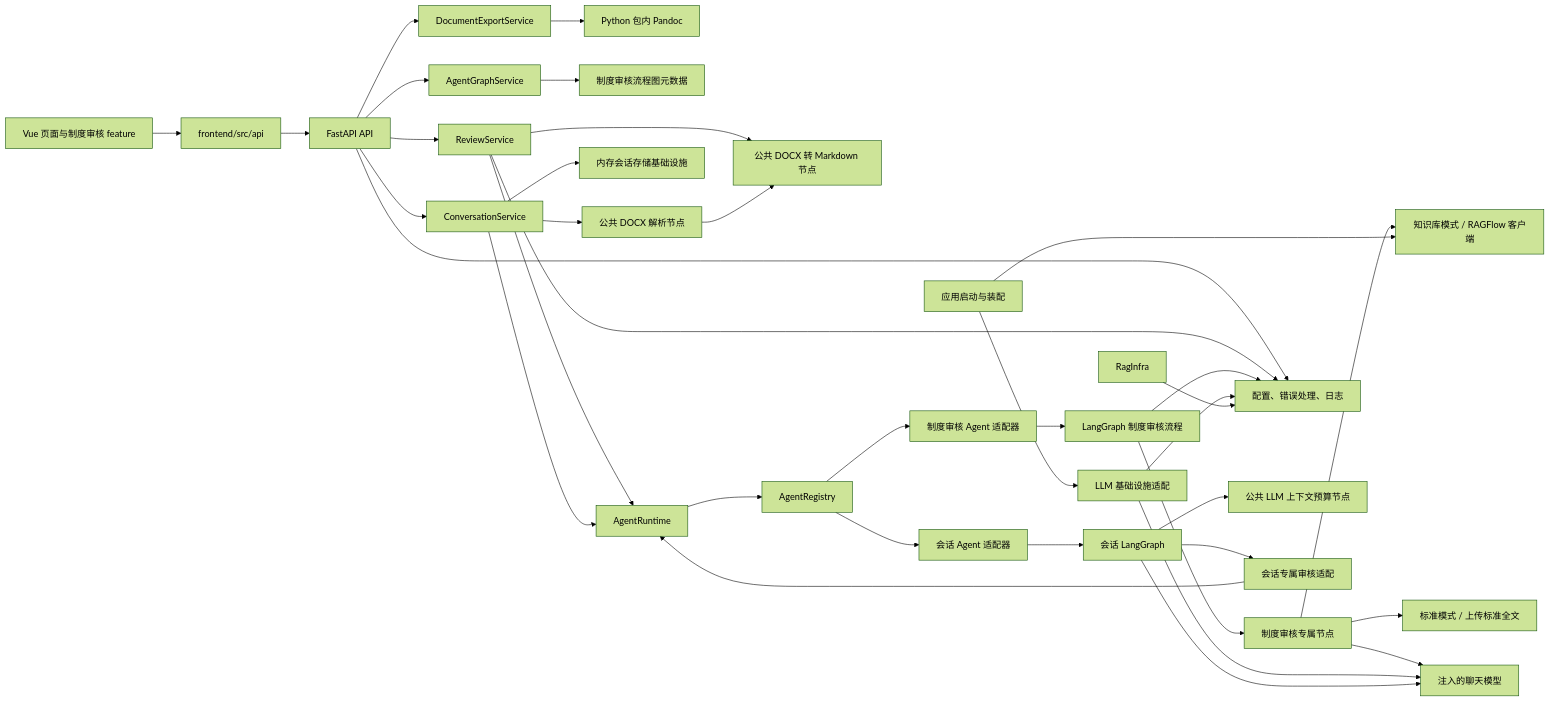
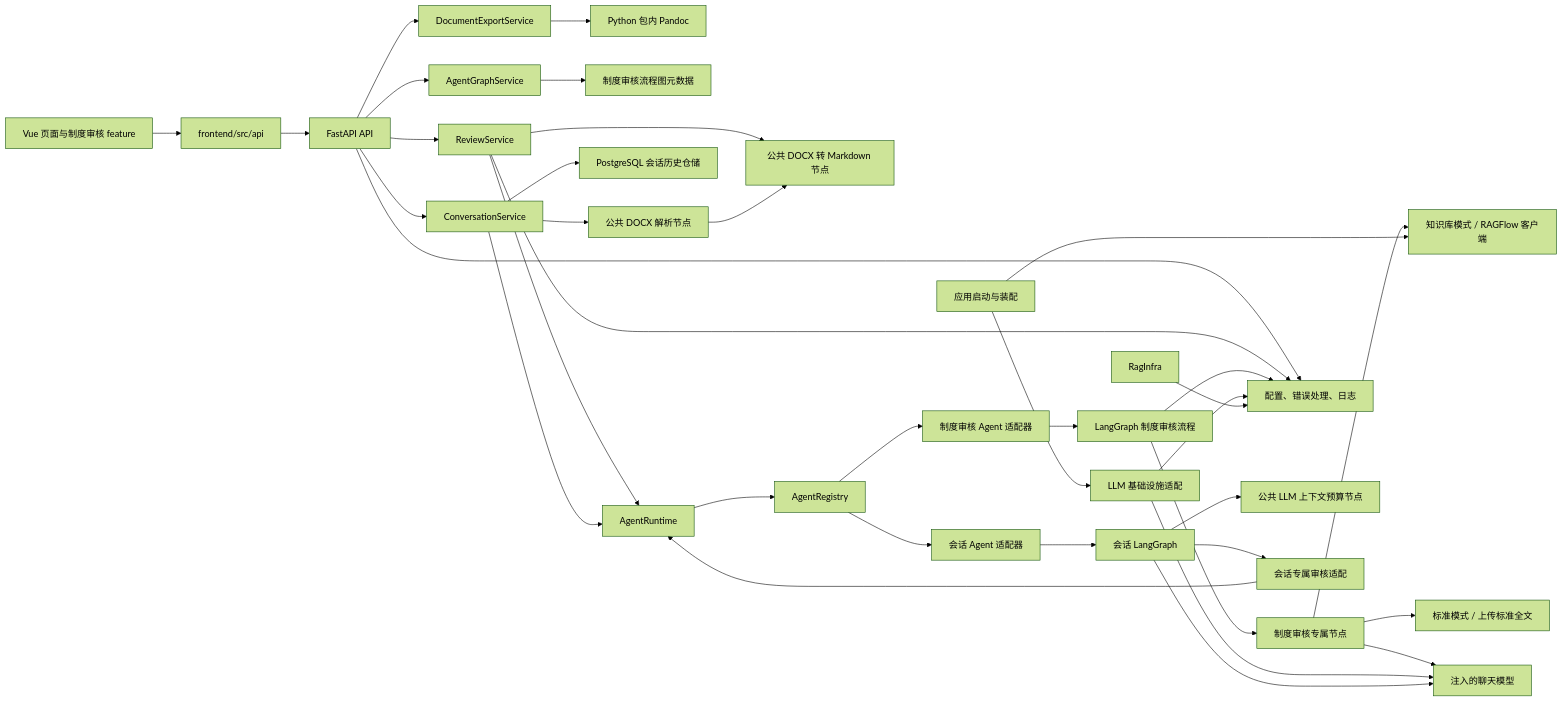
The diagram in docs/ai-coding/architecture-rules.md (LiuEhe/AgentPlatform), drawn with Mermaid (forest theme) before and after one commit. The commit also changed other lines of this file and 5 other files, not shown here.

````diff
--- a/docs/ai-coding/architecture-rules.md
+++ b/docs/ai-coding/architecture-rules.md
@@ -7,38 +7,38 @@
 ```mermaid
 flowchart LR
   UI[Vue 页面与制度审核 feature] --> APIClient[frontend/src/api]
   APIClient --> HTTP[FastAPI API]
   HTTP --> ReviewService[ReviewService]
   HTTP --> ExportService[DocumentExportService]
   ExportService --> Pandoc[Python 包内 Pandoc]
   HTTP --> AgentGraphService[AgentGraphService]
   AgentGraphService --> GraphMetadata[制度审核流程图元数据]
   ReviewService --> DocNode[公共 DOCX 转 Markdown 节点]
   ReviewService --> Runtime[AgentRuntime]
   Runtime --> Registry[AgentRegistry]
   Registry --> Adapter[制度审核 Agent 适配器]
   Adapter --> Graph[LangGraph 制度审核流程]
   Graph --> AgentNodes[制度审核专属节点]
   AgentNodes --> RagClient[知识库模式 / RAGFlow 客户端]
   AgentNodes --> Standard[标准模式 / 上传标准全文]
   AgentNodes --> Model[注入的聊天模型]
   Main[应用启动与装配] --> LLMInfra[LLM 基础设施适配]
   LLMInfra --> Model
   Main --> RagClient
   HTTP --> Core[配置、错误处理、日志]
   HTTP --> ConversationService[ConversationService]
-  ConversationService --> SessionStore[内存会话存储基础设施]
+  ConversationService --> SessionStore[PostgreSQL 会话历史仓储]
   ConversationService --> ParseNode[公共 DOCX 解析节点]
   ParseNode --> DocNode
   ConversationService --> Runtime
   Registry --> ConversationAdapter[会话 Agent 适配器]
   ConversationAdapter --> ConversationGraph[会话 LangGraph]
   ConversationGraph --> ContextNode[公共 LLM 上下文预算节点]
   ConversationGraph --> Model
   ConversationGraph --> ReviewTool[会话专属审核适配]
   ReviewTool --> Runtime
   ReviewService --> Core
   Graph --> Core
   LLMInfra --> Core
   RagInfra --> Core
 ```
````
